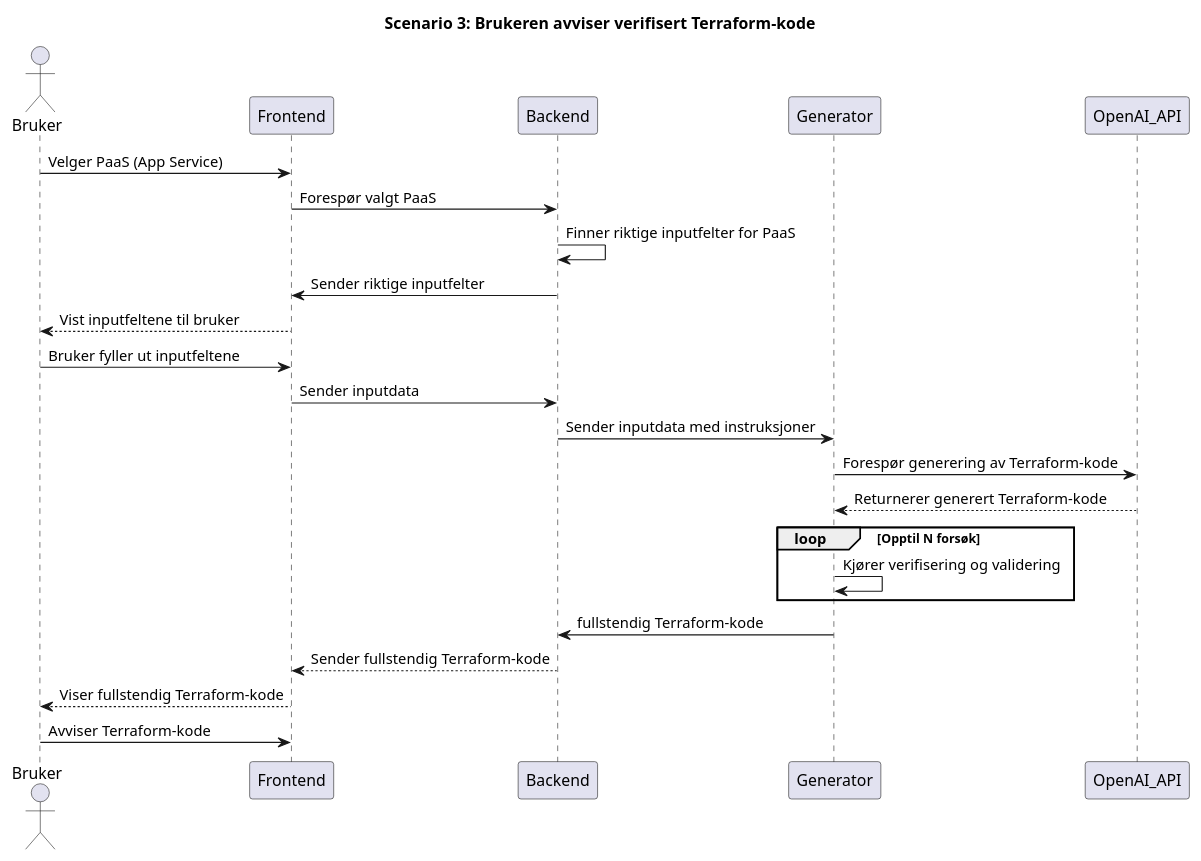
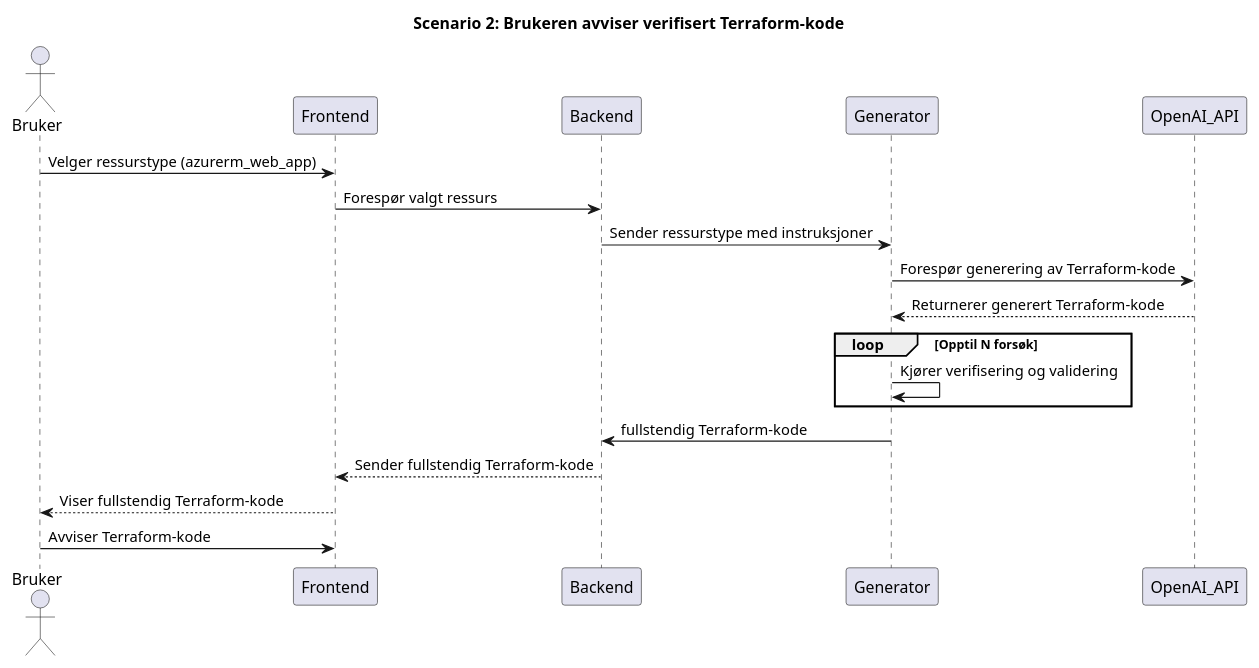
The diagram in UML_Diagrammer/Applikasjonsflyt-LLM-v3/avvistkode.puml (Bachelor-B25ITK12/Diagrammer), drawn with PlantUML before and after one commit. The commit also changed 19 other files, not shown here.

Commit message:
oppdatterte alle scenariene med riktige begreper, fra PaaS til produkt osv.

```diff
--- a/UML_Diagrammer/Applikasjonsflyt-LLM-v3/avvistkode.puml
+++ b/UML_Diagrammer/Applikasjonsflyt-LLM-v3/avvistkode.puml
@@ -1,37 +1,31 @@
 @startuml
 
 actor Bruker as Bruker
 participant Frontend as Frontend
 participant Backend as Backend
 participant Generator as Generator
 participant OpenAI_API as OpenAI_API
 
-title Scenario 3: Brukeren avviser verifisert Terraform-kode
+title Scenario 2: Brukeren avviser verifisert Terraform-kode
 
 
-Bruker -> Frontend : Velger PaaS (App Service)
-Frontend -> Backend : Forespør valgt PaaS
-Backend -> Backend : Finner riktige inputfelter for PaaS
-Backend -> Frontend : Sender riktige inputfelter
-Frontend --> Bruker : Vist inputfeltene til bruker
-Bruker -> Frontend : Bruker fyller ut inputfeltene
-Frontend -> Backend : Sender inputdata
-Backend -> Generator : Sender inputdata med instruksjoner
-
+Bruker -> Frontend : Velger ressurstype (azurerm_web_app)
+Frontend -> Backend : Forespør valgt ressurs
+Backend -> Generator : Sender ressurstype med instruksjoner
 
 Generator -> OpenAI_API : Forespør generering av Terraform-kode
 OpenAI_API --> Generator : Returnerer generert Terraform-kode
 
 
 loop Opptil N forsøk
 Generator -> Generator : Kjører verifisering og validering
 end loop
 
 
 Generator -> Backend : fullstendig Terraform-kode
 Backend --> Frontend : Sender fullstendig Terraform-kode
 Frontend --> Bruker : Viser fullstendig Terraform-kode
 Bruker -> Frontend : Avviser Terraform-kode
 
 
 @enduml
```
